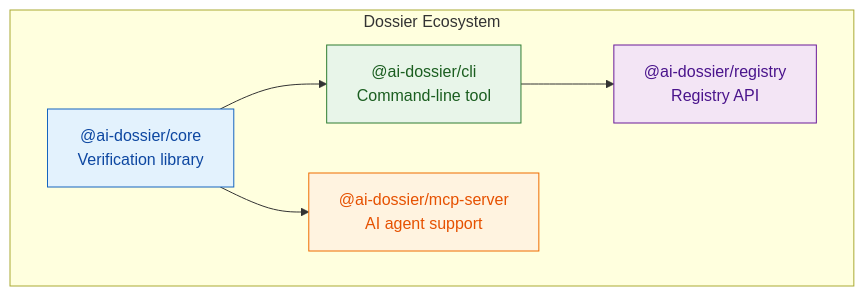
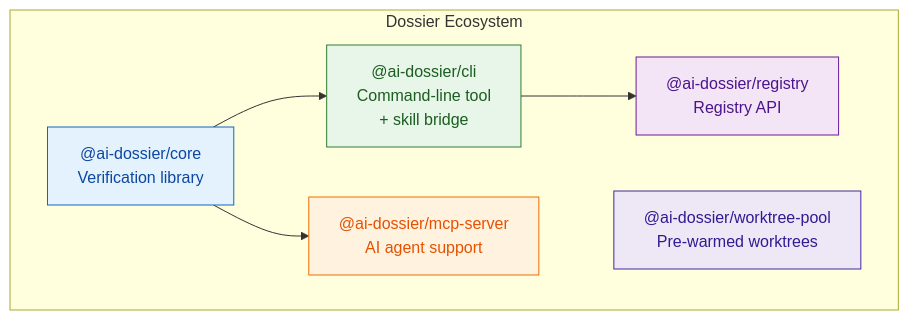
One commit to imboard-ai/ai-dossier changed the first of 2 diagrams in ARCHITECTURE.md. Above: the diagram before and after it, drawn with Mermaid. The commit also changed other lines of this file and 23 other files, not shown here.

````diff
--- a/ARCHITECTURE.md
+++ b/ARCHITECTURE.md
@@ -14,18 +15,20 @@
 ```mermaid
 graph TB
     subgraph Ecosystem["Dossier Ecosystem"]
         Core["@ai-dossier/core\nVerification library"]
-        CLI["@ai-dossier/cli\nCommand-line tool"]
+        CLI["@ai-dossier/cli\nCommand-line tool\n+ skill bridge"]
         MCP["@ai-dossier/mcp-server\nAI agent support"]
         Registry["@ai-dossier/registry\nRegistry API"]
+        Pool["@ai-dossier/worktree-pool\nPre-warmed worktrees"]
     end
 
     Core --> CLI
     Core --> MCP
     CLI --> Registry
 
     style Core fill:#e3f2fd,stroke:#1565c0,color:#0d47a1
     style CLI fill:#e8f5e9,stroke:#2e7d32,color:#1b5e20
     style MCP fill:#fff3e0,stroke:#ef6c00,color:#e65100
     style Registry fill:#f3e5f5,stroke:#6a1b9a,color:#4a148c
+    style Pool fill:#ede7f6,stroke:#4527a0,color:#311b92
 ```
````
